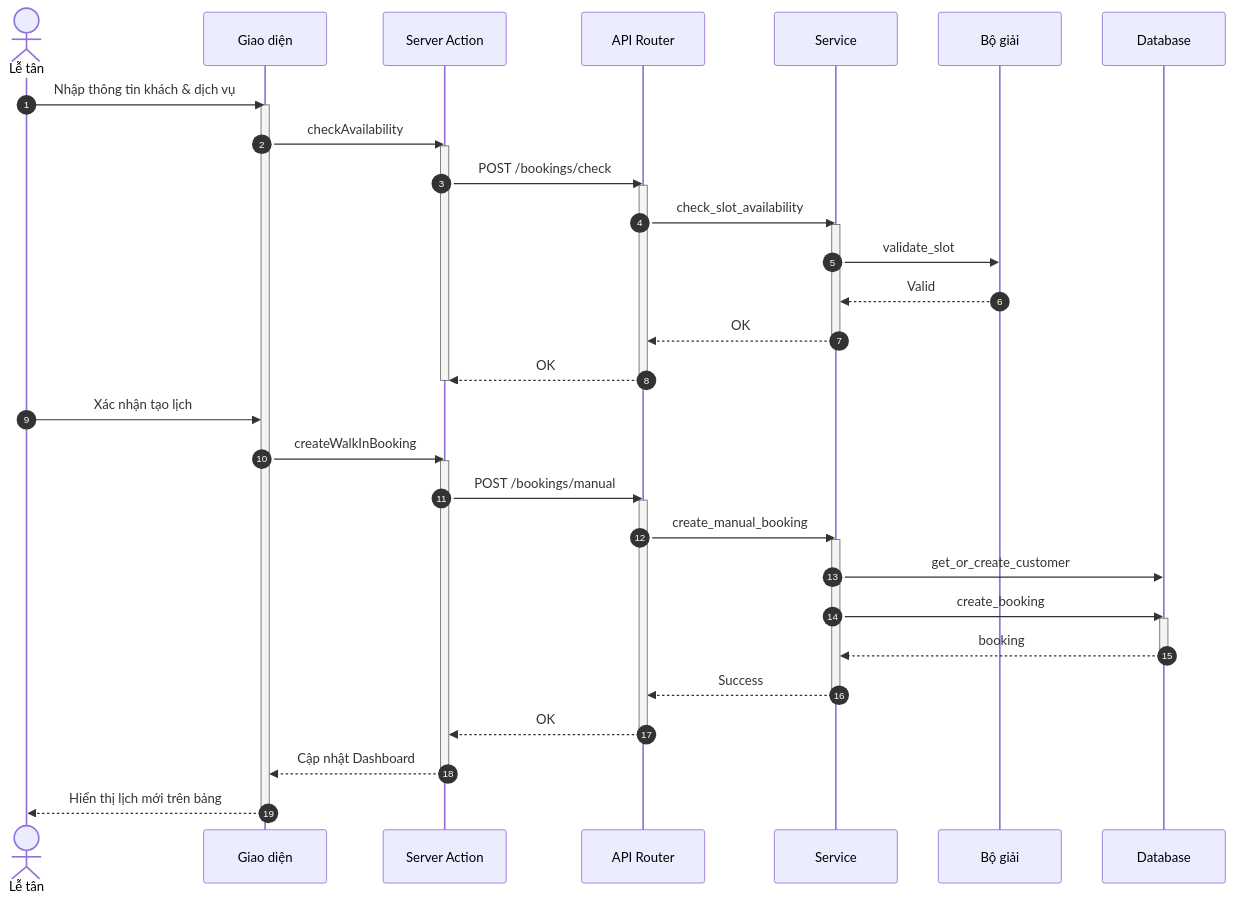
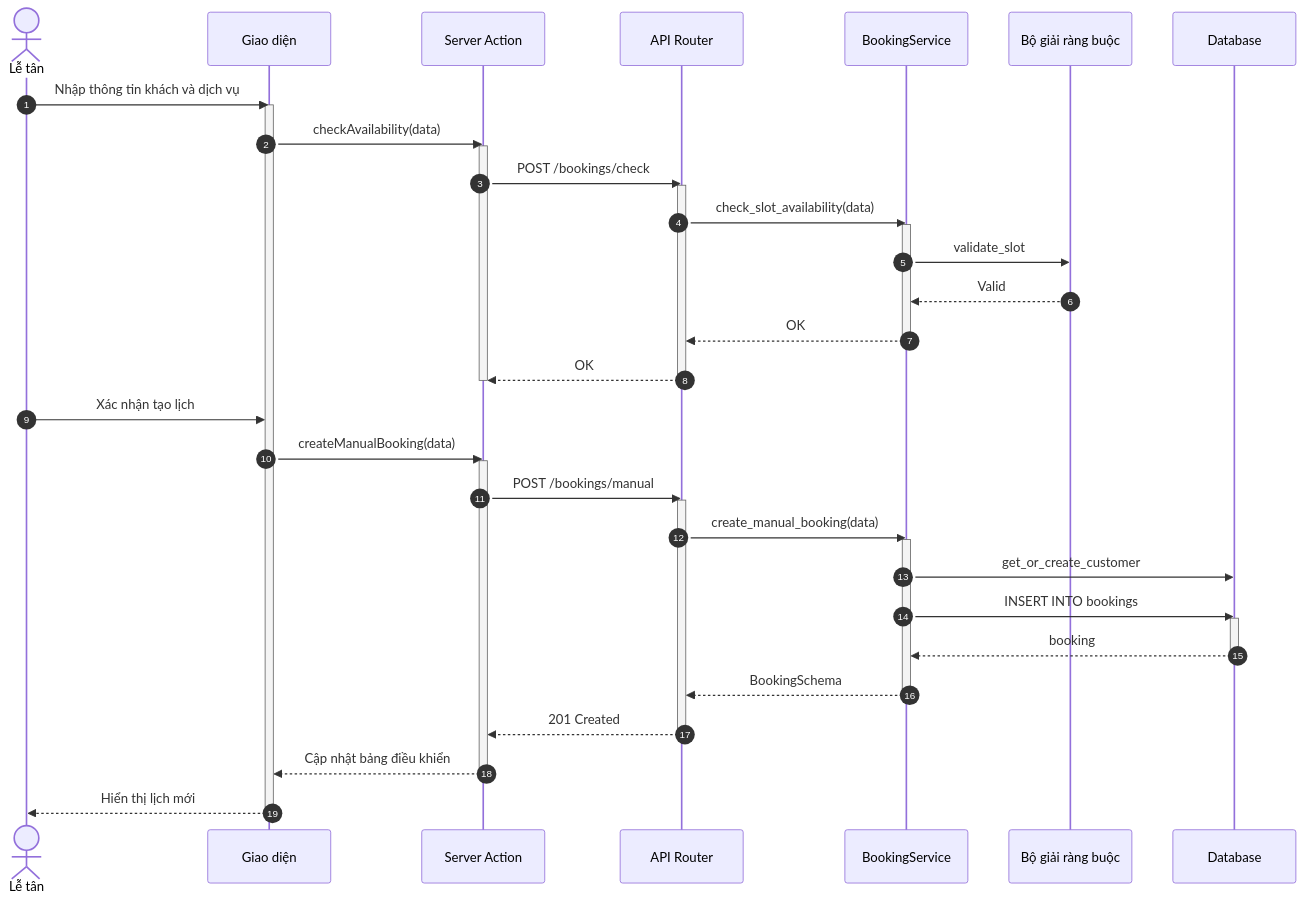
The third of 7 diagrams in docs/design/sequences/receptionist_flows.md (ngoctinn/Synapse), drawn with Mermaid before and after one commit. The commit also changed other lines of this file and 11 other files, not shown here.

Commit message:
docs: Add initial design documentation, including architecture, UI, use cases, and detailed sequence diagrams for various user flows.

````diff
--- a/docs/design/sequences/receptionist_flows.md
+++ b/docs/design/sequences/receptionist_flows.md
@@ -70,56 +130,56 @@
 ```mermaid
 sequenceDiagram
     autonumber
     actor LT as Lễ tân
     participant UI as Giao diện
     participant BFF as Server Action
     participant API as API Router
-    participant S as Service
-    participant SOLVER as Bộ giải
+    participant S as BookingService
+    participant SOLVER as Bộ giải ràng buộc
     participant DB as Database
 
-    LT->>UI: Nhập thông tin khách & dịch vụ
+    LT->>UI: Nhập thông tin khách và dịch vụ
     activate UI
-    UI->>BFF: checkAvailability
+    UI->>BFF: checkAvailability(data)
     activate BFF
 
     BFF->>API: POST /bookings/check
     activate API
-    API->>S: check_slot_availability
+    API->>S: check_slot_availability(data)
     activate S
     S->>SOLVER: validate_slot
     SOLVER-->>S: Valid
     S-->>API: OK
     deactivate S
     API-->>BFF: OK
     deactivate API
     deactivate BFF
 
     LT->>UI: Xác nhận tạo lịch
-    UI->>BFF: createWalkInBooking
+    UI->>BFF: createManualBooking(data)
     activate BFF
 
     BFF->>API: POST /bookings/manual
     activate API
 
-    API->>S: create_manual_booking
+    API->>S: create_manual_booking(data)
     activate S
 
     S->>DB: get_or_create_customer
-    S->>DB: create_booking
+    S->>DB: INSERT INTO bookings
     activate DB
     DB-->>S: booking
     deactivate DB
 
-    S-->>API: Success
+    S-->>API: BookingSchema
     deactivate S
 
-    API-->>BFF: OK
+    API-->>BFF: 201 Created
     deactivate API
 
-    BFF-->>UI: Cập nhật Dashboard
+    BFF-->>UI: Cập nhật bảng điều khiển
     deactivate BFF
 
-    UI-->>LT: Hiển thị lịch mới trên bảng
+    UI-->>LT: Hiển thị lịch mới
     deactivate UI
 ```
````
